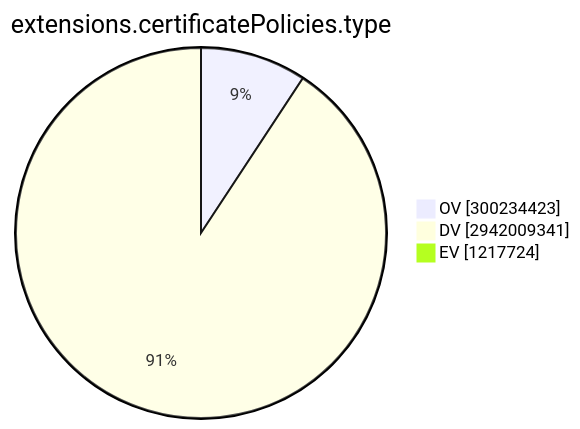
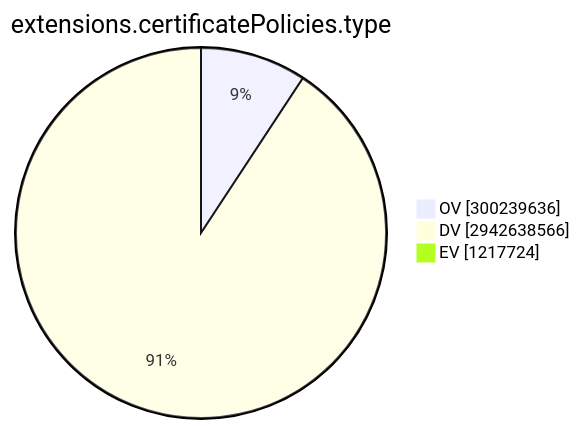
Before and after one commit to christiankrug/ctmonitor_visualization: the ninth of 15 diagrams in TOTAL/README.md, drawn with Mermaid. The commit also changed other lines of this file, not shown here.

````diff
--- a/TOTAL/README.md
+++ b/TOTAL/README.md
@@ -3101,7 +3101,7 @@
 ```mermaid
 pie showData
 title extensions.certificatePolicies.type
-"OV" :300234423
-"DV" :2942009341
+"OV" :300239636
+"DV" :2942638566
 "EV" :1217724
 ```
````
